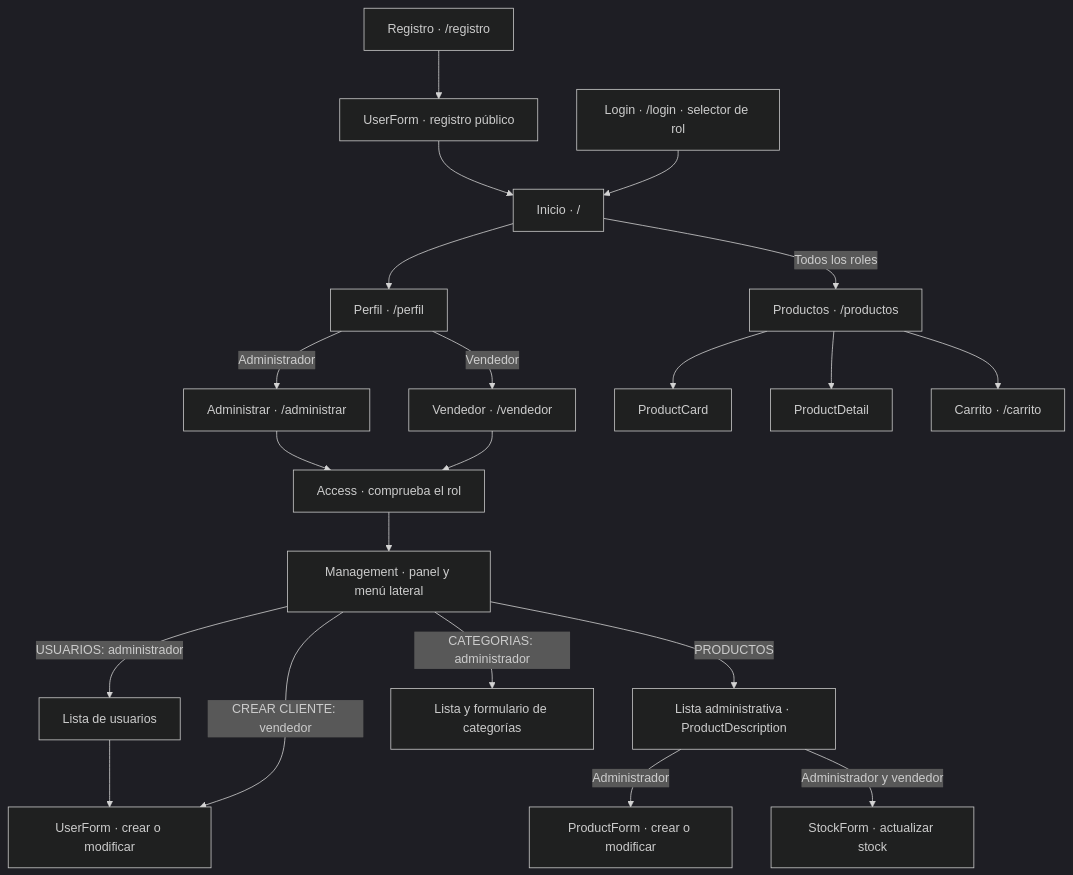
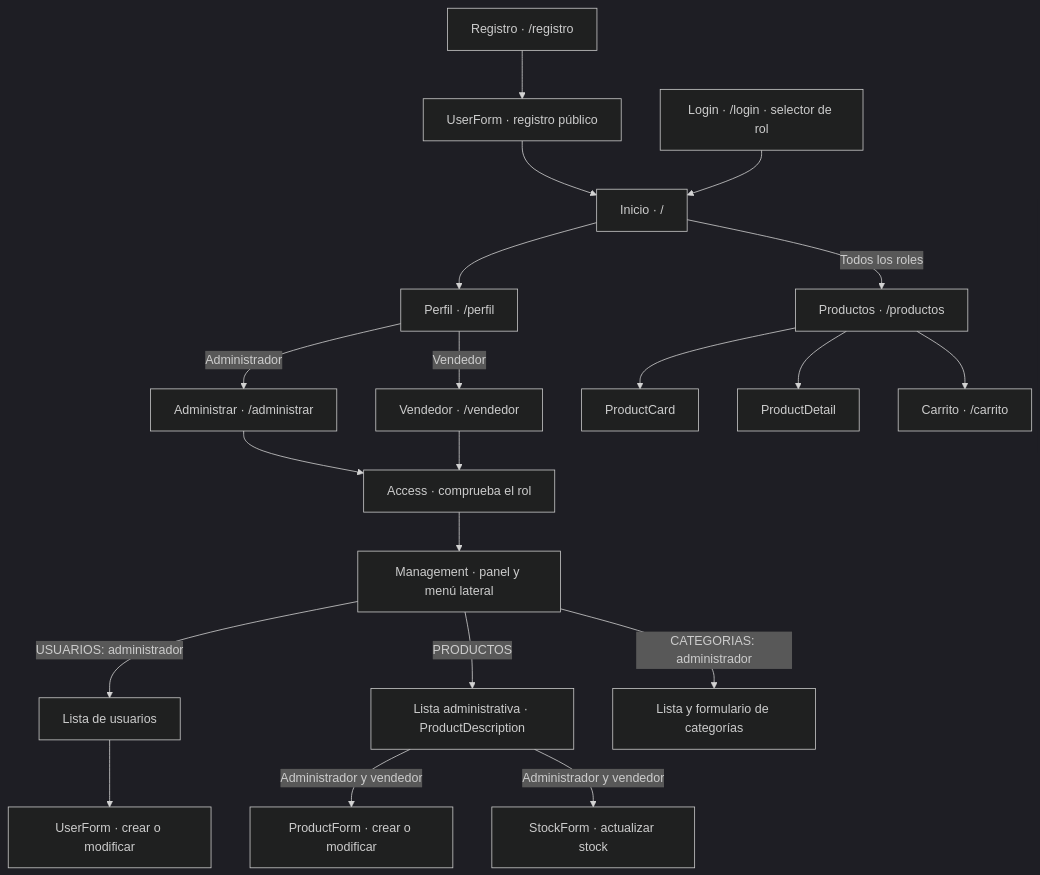
Before and after one commit to bycode02/Clinica_NutriVifs: the diagram in README.md, drawn with Mermaid (dark theme). The commit also changed other lines of this file and 9 other files, not shown here.

````diff
--- a/README.md
+++ b/README.md
@@ -78,23 +78,22 @@
 ```mermaid
 flowchart TD
     Registro["Registro · /registro"] --> PublicForm["UserForm · registro público"]
     PublicForm --> Inicio["Inicio · /"]
     Login["Login · /login · selector de rol"] --> Inicio
     Inicio --> Perfil["Perfil · /perfil"]
     Perfil -->|Administrador| Administrar["Administrar · /administrar"]
     Perfil -->|Vendedor| Vendedor["Vendedor · /vendedor"]
     Administrar --> Access["Access · comprueba el rol"]
     Vendedor --> Access
     Access --> Management["Management · panel y menú lateral"]
     Management -->|USUARIOS: administrador| Users["Lista de usuarios"]
     Users --> UserForm["UserForm · crear o modificar"]
-    Management -->|CREAR CLIENTE: vendedor| UserForm
     Management -->|PRODUCTOS| Products["Lista administrativa · ProductDescription"]
-    Products -->|Administrador| ProductForm["ProductForm · crear o modificar"]
+    Products -->|Administrador y vendedor| ProductForm["ProductForm · crear o modificar"]
     Products -->|Administrador y vendedor| StockForm["StockForm · actualizar stock"]
     Management -->|CATEGORIAS: administrador| Categories["Lista y formulario de categorías"]
     Inicio -->|Todos los roles| Shop["Productos · /productos"]
     Shop --> ProductCard["ProductCard"]
     Shop --> ProductDetail["ProductDetail"]
     Shop --> Carrito["Carrito · /carrito"]
 ```
````
